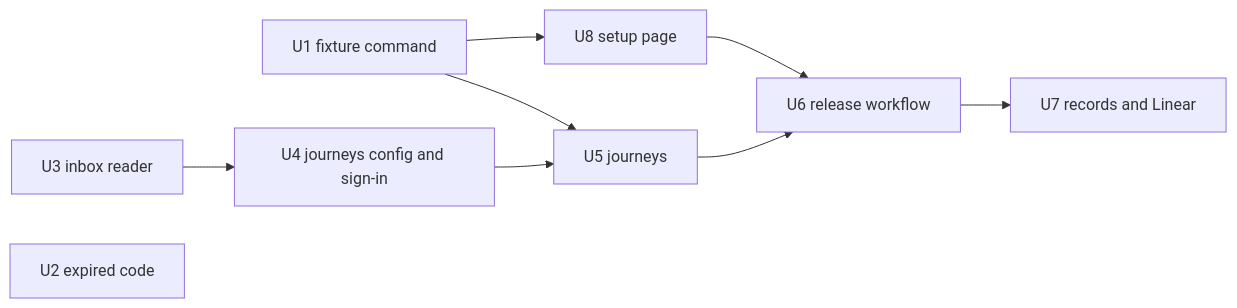
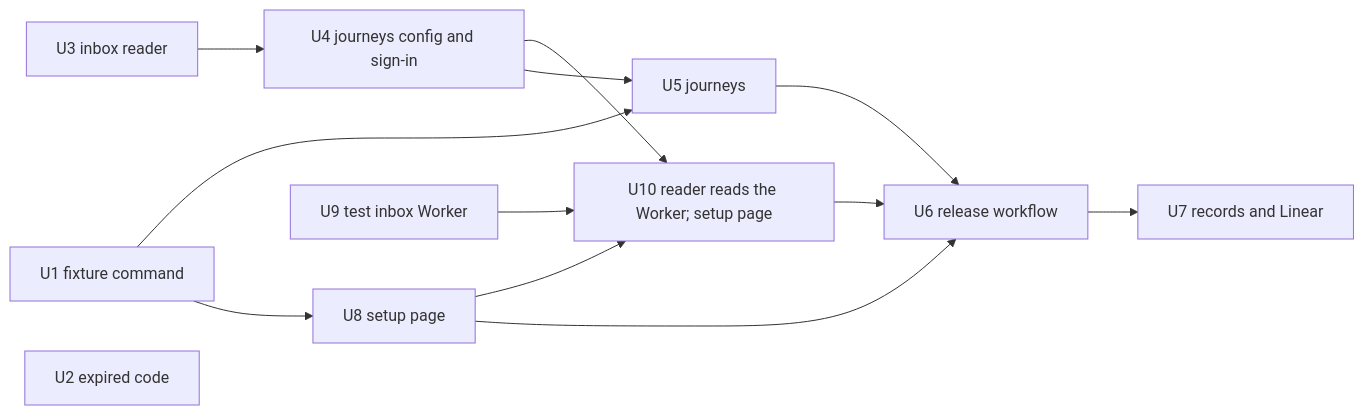
Before and after one commit to betteranswers/better-answers: the fifth of 5 diagrams in docs/plans/2026-10-02-1625-feat-signed-in-journeys-in-production-plan.md, drawn with Mermaid. The commit also changed other lines of this file, not shown here.

First line of the commit message:
docs: move the journeys' test inbox to a cloudflare email worker

````diff
--- a/docs/plans/2026-10-02-1625-feat-signed-in-journeys-in-production-plan.md
+++ b/docs/plans/2026-10-02-1625-feat-signed-in-journeys-in-production-plan.md
@@ -346,11 +393,15 @@
 ```mermaid
 flowchart LR
   U1[U1 fixture command] --> U8[U8 setup page]
   U1 --> U5[U5 journeys]
   U3[U3 inbox reader] --> U4[U4 journeys config and sign-in]
   U4 --> U5
   U5 --> U6[U6 release workflow]
   U8 --> U6
+  U9[U9 test inbox Worker] --> U10[U10 reader reads the Worker; setup page]
+  U4 --> U10
+  U8 --> U10
+  U10 --> U6
   U2[U2 expired code]
   U6 --> U7[U7 records and Linear]
 ```
````
